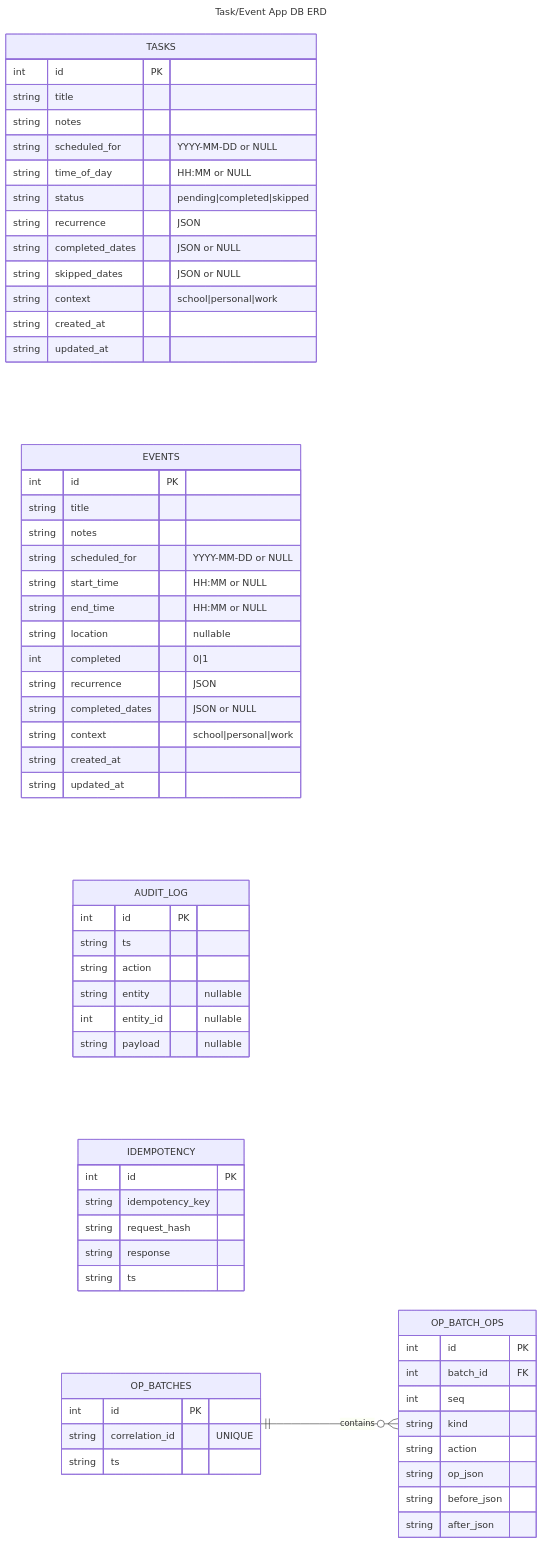
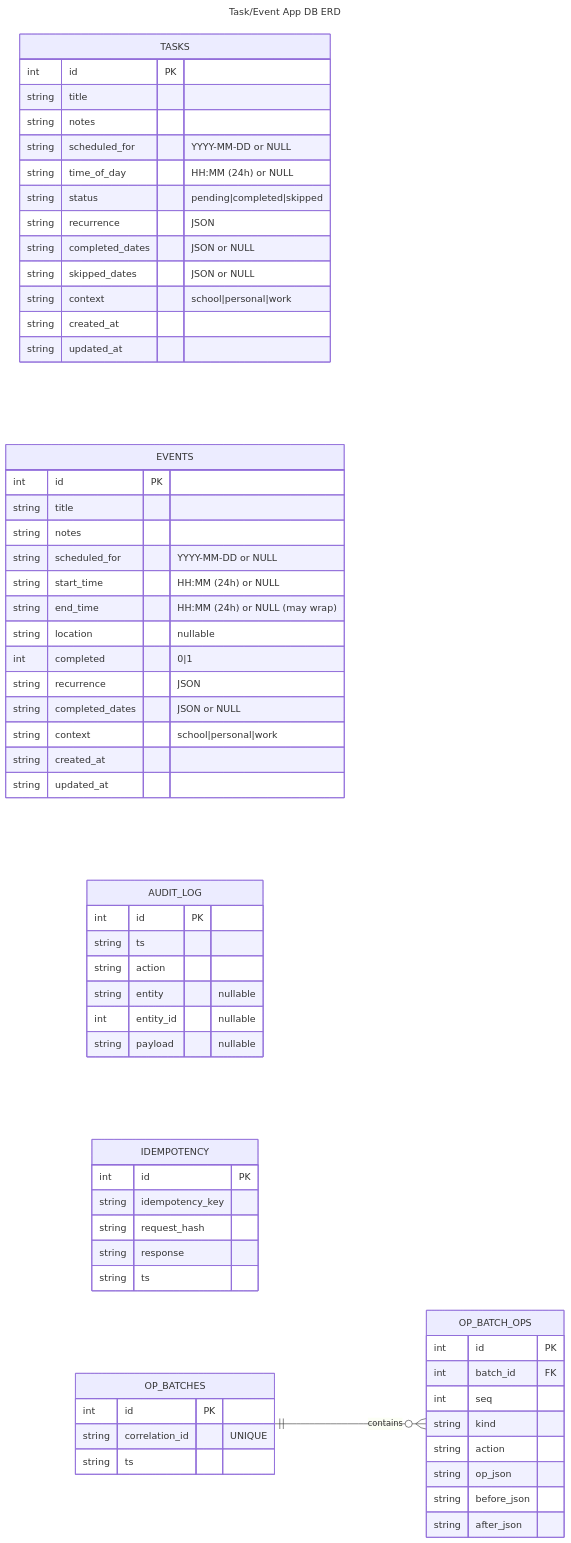
One commit to dantheman454/habit_app changed the diagram in docs/mindmap/er_diagram.md. Above: the diagram before and after it, drawn with Mermaid. The commit also changed 26 other files, not shown here.

````diff
--- a/docs/mindmap/er_diagram.md
+++ b/docs/mindmap/er_diagram.md
@@ -7,74 +7,74 @@
 ```mermaid
 ---
 title: Task/Event App DB ERD
 ---
 erDiagram
     direction LR
 
     TASKS {
         int id PK
         string title
         string notes
         string scheduled_for "YYYY-MM-DD or NULL"
-        string time_of_day "HH:MM or NULL"
+        string time_of_day "HH:MM (24h) or NULL"
         string status "pending|completed|skipped"
         string recurrence "JSON"
         string completed_dates "JSON or NULL"
         string skipped_dates "JSON or NULL"
         string context "school|personal|work"
         string created_at
         string updated_at
     }
 
     EVENTS {
         int id PK
         string title
         string notes
         string scheduled_for "YYYY-MM-DD or NULL"
-        string start_time "HH:MM or NULL"
-        string end_time "HH:MM or NULL"
+        string start_time "HH:MM (24h) or NULL"
+        string end_time "HH:MM (24h) or NULL (may wrap)"
         string location "nullable"
         int completed "0|1"
         string recurrence "JSON"
         string completed_dates "JSON or NULL"
         string context "school|personal|work"
         string created_at
         string updated_at
     }
 
     AUDIT_LOG {
         int id PK
         string ts
         string action
         string entity "nullable"
         int entity_id "nullable"
         string payload "nullable"
     }
 
     IDEMPOTENCY {
         int id PK
         string idempotency_key
         string request_hash
         string response
         string ts
     }
 
     OP_BATCHES {
         int id PK
         string correlation_id "UNIQUE"
         string ts
     }
 
     OP_BATCH_OPS {
         int id PK
         int batch_id FK
         int seq
         string kind
         string action
         string op_json
         string before_json
         string after_json
     }
 
     OP_BATCHES ||--o{ OP_BATCH_OPS : contains
 ```
````
